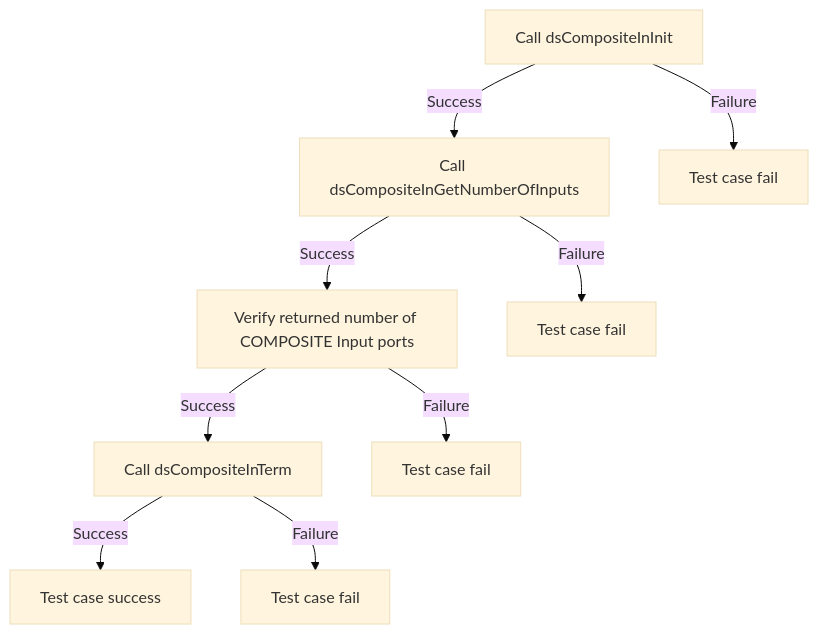
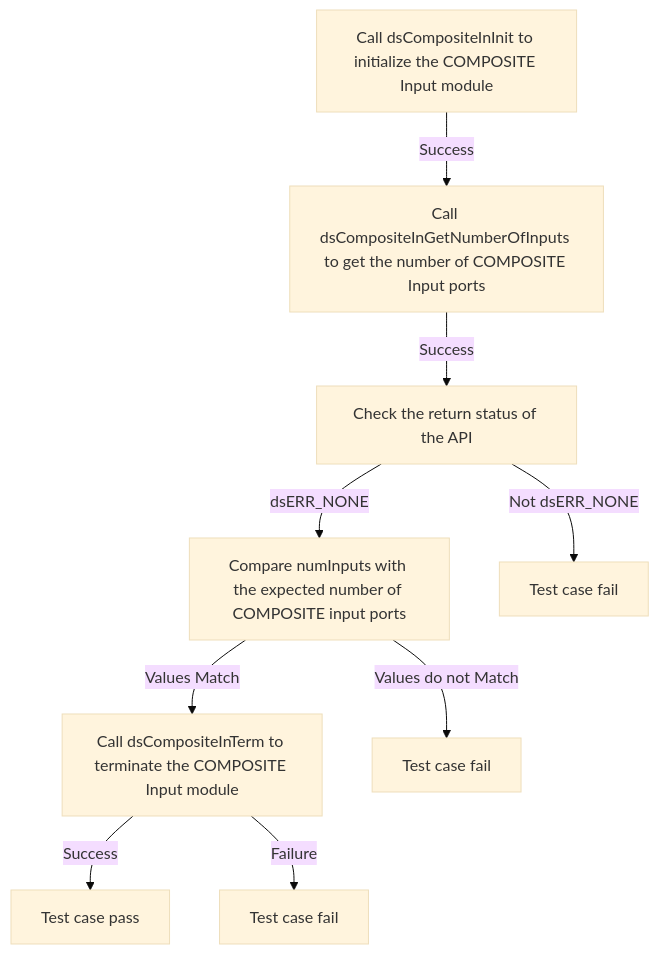
The first of 4 diagrams in docs/pages/l2_dsCompositeIn_test_specification.md (rdkcentral/rdk-halif-test-device_settings), drawn with Mermaid (base theme) before and after one commit. The commit also changed other lines of this file and 7 other files, not shown here.

````diff
--- a/docs/pages/l2_dsCompositeIn_test_specification.md
+++ b/docs/pages/l2_dsCompositeIn_test_specification.md
@@ -30,11 +84,11 @@
 ```mermaid
 graph TB
-A[Call dsCompositeInInit] -->|Success| B[Call dsCompositeInGetNumberOfInputs]
-A -->|Failure| A1[Test case fail]
-B -->|Success| C[Verify returned number of COMPOSITE Input ports]
-B -->|Failure| B1[Test case fail]
-C -->|Success| D[Call dsCompositeInTerm]
-C -->|Failure| C1[Test case fail]
-D -->|Success| E[Test case success]
-D -->|Failure| D1[Test case fail]
+A[Call dsCompositeInInit to initialize the COMPOSITE Input module] -->|Success| B[Call dsCompositeInGetNumberOfInputs to get the number of COMPOSITE Input ports]
+B -->|Success| C[Check the return status of the API]
+C -->|dsERR_NONE| D[Compare numInputs with the expected number of COMPOSITE input ports]
+C -->|Not dsERR_NONE| E[Test case fail]
+D -->|Values Match| F[Call dsCompositeInTerm to terminate the COMPOSITE Input module]
+D -->|Values do not Match| G[Test case fail]
+F -->|Success| H[Test case pass]
+F -->|Failure| I[Test case fail]
 ```
````
